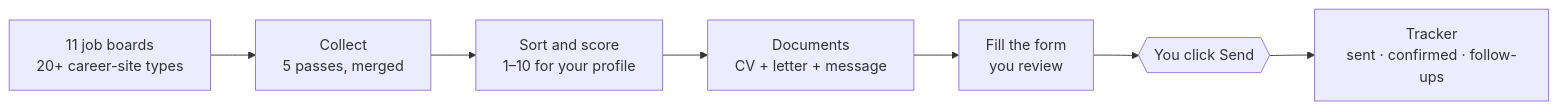
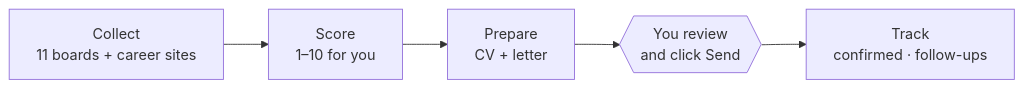
The diagram in README.md (Grisbix/JobHunter), drawn with Mermaid before and after one commit. The commit also changed 1 other file, not shown here.

Commit message:
README: a shorter pipeline diagram, legible on GitHub

````diff
--- a/README.md
+++ b/README.md
@@ -56,9 +56,7 @@
 ```mermaid
 flowchart LR
-    A[11 job boards<br/>20+ career-site types] --> B[Collect<br/>5 passes, merged]
-    B --> C[Sort and score<br/>1–10 for your profile]
-    C --> D[Documents<br/>CV + letter + message]
-    D --> E[Fill the form<br/>you review]
-    E --> F{{You click Send}}
-    F --> G[Tracker<br/>sent · confirmed · follow-ups]
+    A[Collect<br/>11 boards + career sites] --> B[Score<br/>1–10 for you]
+    B --> C[Prepare<br/>CV + letter]
+    C --> D{{You review<br/>and click Send}}
+    D --> E[Track<br/>confirmed · follow-ups]
 ```
````
